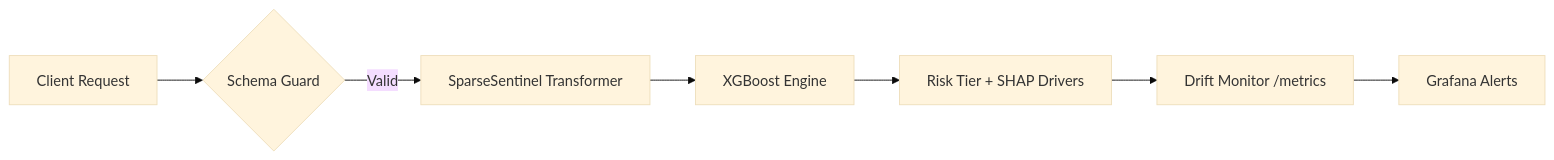
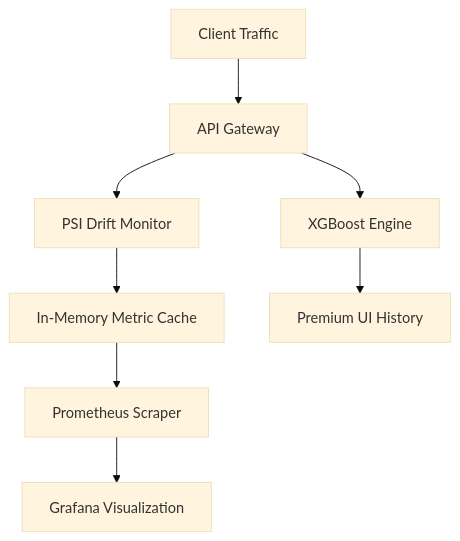
Before and after one commit to sankeashok/Aegis-Finance: the diagram in README.md, drawn with Mermaid (base theme). The commit also changed other lines of this file, not shown here.

Commit message:
docs: finalized README with Impact Analysis and architectural evolution diagram

````diff
--- a/README.md
+++ b/README.md
@@ -71,9 +82,10 @@
 ```mermaid
-graph LR
-    A[Client Request] --> B{Schema Guard}
-    B -- Valid --> C[SparseSentinel Transformer]
-    C --> D[XGBoost Engine]
-    D --> E[Risk Tier + SHAP Drivers]
-    E --> F[Drift Monitor /metrics]
-    F --> G[Grafana Alerts]
+graph TD
+    A[Client Traffic] --> B[API Gateway]
+    B --> C[XGBoost Engine]
+    B --> D[PSI Drift Monitor]
+    D --> E[In-Memory Metric Cache]
+    E --> F[Prometheus Scraper]
+    F --> G[Grafana Visualization]
+    C --> H[Premium UI History]
 ```
````
